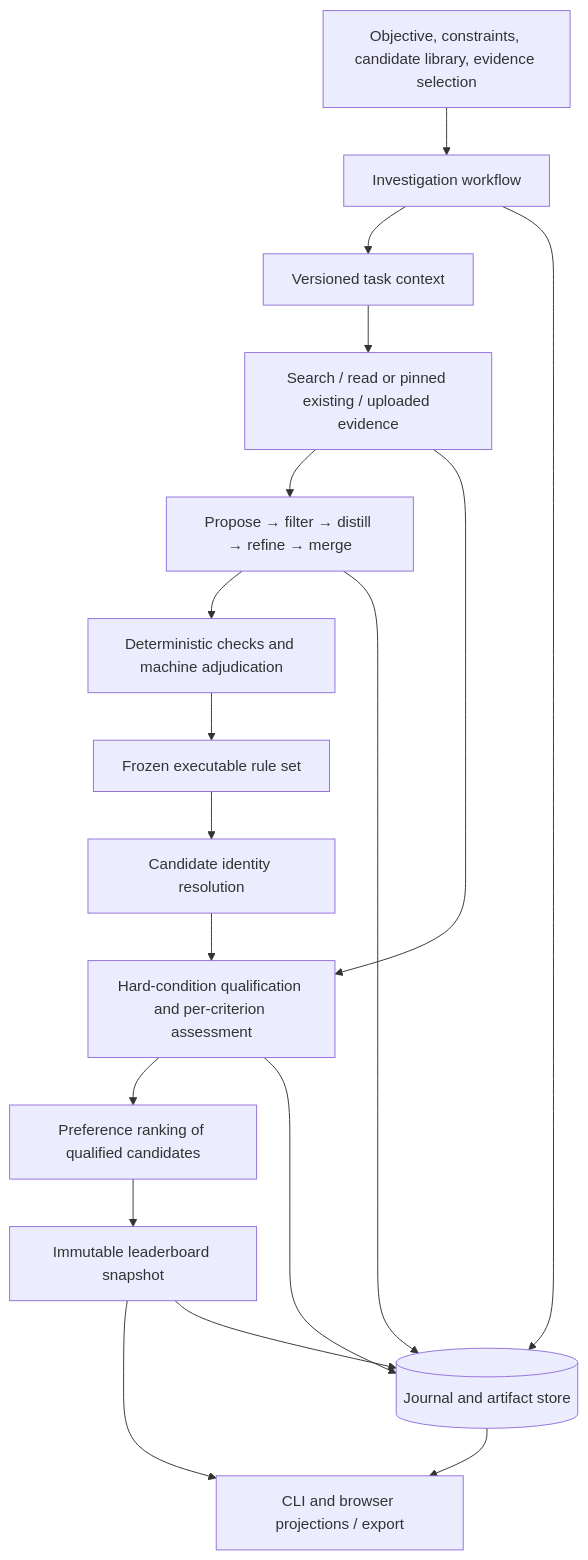
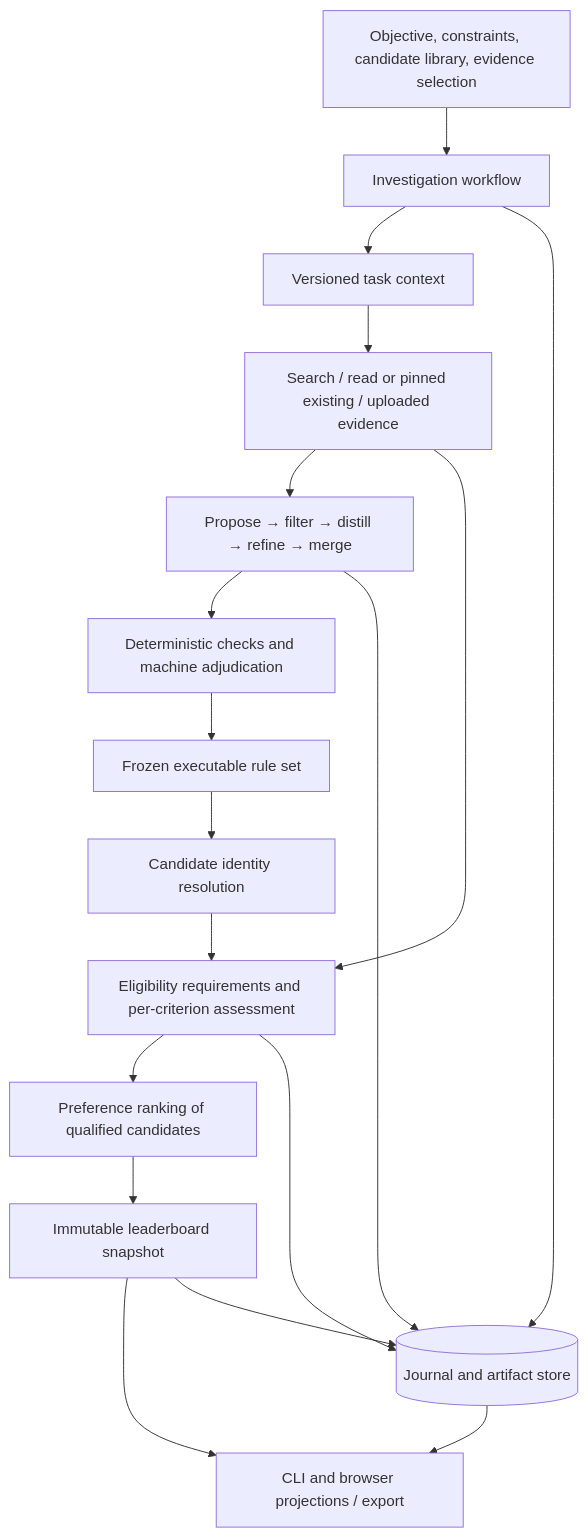
Before and after one commit to YWDDLiang03/mas: the diagram in docs/architecture.md, drawn with Mermaid. The commit also changed other lines of this file and 76 other files, not shown here.

````diff
--- a/docs/architecture.md
+++ b/docs/architecture.md
@@ -11,25 +11,25 @@
 ```mermaid
 flowchart TD
     Input[Objective, constraints, candidate library, evidence selection]
     Workflow[Investigation workflow]
     Task[Versioned task context]
     Evidence[Search / read or pinned existing / uploaded evidence]
     Pool[Propose → filter → distill → refine → merge]
     Review[Deterministic checks and machine adjudication]
     Rules[Frozen executable rule set]
     Identity[Candidate identity resolution]
-    Assess[Hard-condition qualification and per-criterion assessment]
+    Assess[Eligibility requirements and per-criterion assessment]
     Rank[Preference ranking of qualified candidates]
     Snapshot[Immutable leaderboard snapshot]
     Journal[(Journal and artifact store)]
     UI[CLI and browser projections / export]
     Input --> Workflow --> Task
     Task --> Evidence --> Pool --> Review --> Rules
     Rules --> Identity --> Assess --> Rank --> Snapshot --> UI
     Evidence --> Assess
     Workflow --> Journal
     Pool --> Journal
     Assess --> Journal
     Snapshot --> Journal
     Journal --> UI
 ```
````
